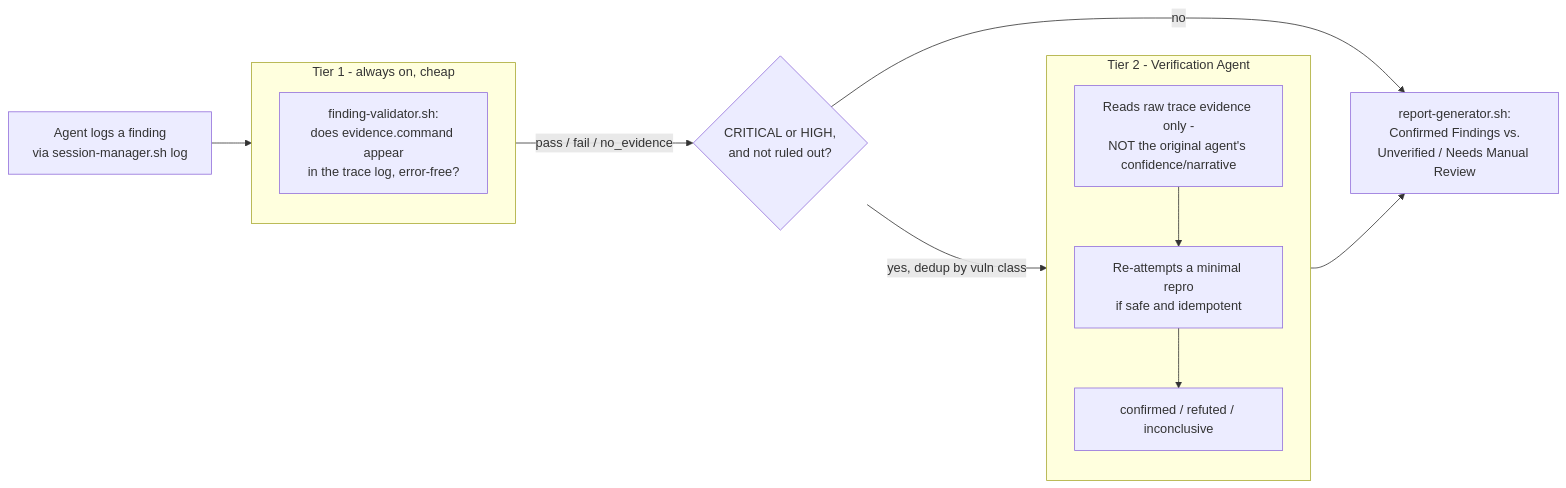
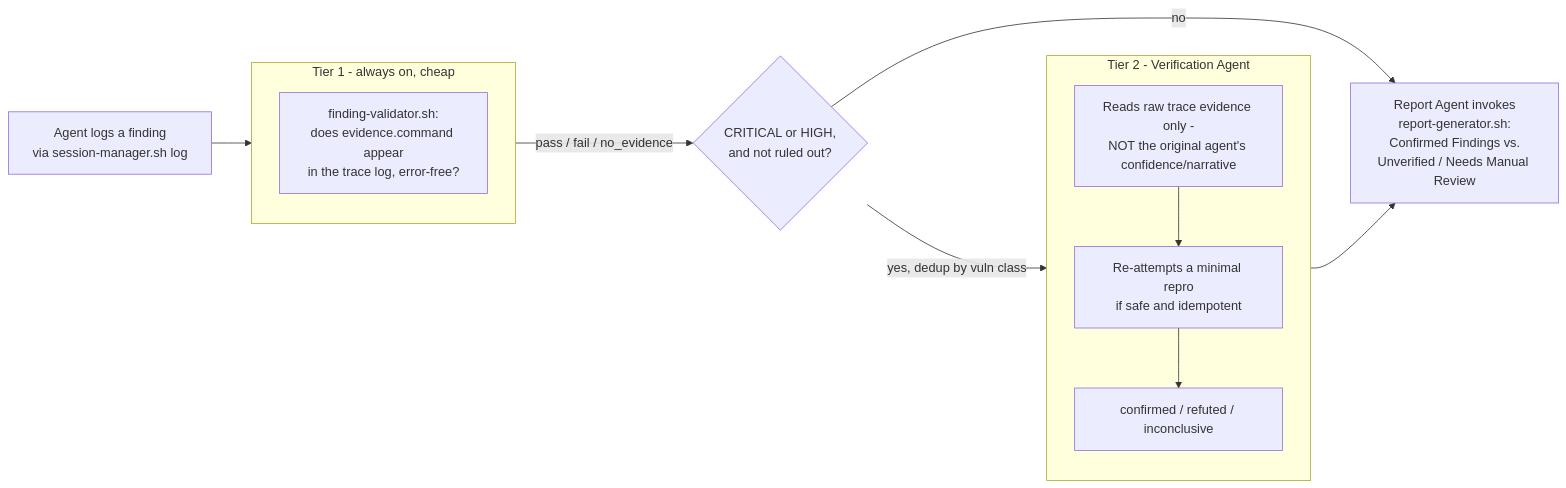
Diagram 17 of 21 in docs/agents.md (goldenapplestudios/Clicky), drawn with Mermaid before and after one commit. The commit also changed other lines of this file and 10 other files, not shown here.

````diff
--- a/docs/agents.md
+++ b/docs/agents.md
@@ -1210,21 +1220,21 @@
 ```mermaid
 flowchart LR
     FIND["Agent logs a finding<br/>via session-manager.sh log"] --> T1
 
     subgraph T1["Tier 1 - always on, cheap"]
         CHECK["finding-validator.sh:<br/>does evidence.command appear<br/>in the trace log, error-free?"]
     end
 
     T1 -->|pass / fail / no_evidence| GATE{"CRITICAL or HIGH,<br/>and not ruled out?"}
     GATE -->|no| REPORT
     GATE -->|yes, dedup by vuln class| T2
 
     subgraph T2["Tier 2 - Verification Agent"]
         RAW["Reads raw trace evidence only -<br/>NOT the original agent's confidence/narrative"]
         REATTEMPT["Re-attempts a minimal repro<br/>if safe and idempotent"]
         VERDICT["confirmed / refuted / inconclusive"]
         RAW --> REATTEMPT --> VERDICT
     end
 
-    T2 --> REPORT["report-generator.sh:<br/>Confirmed Findings vs.<br/>Unverified / Needs Manual Review"]
+    T2 --> REPORT["Report Agent invokes<br/>report-generator.sh:<br/>Confirmed Findings vs.<br/>Unverified / Needs Manual Review"]
 ```
````
